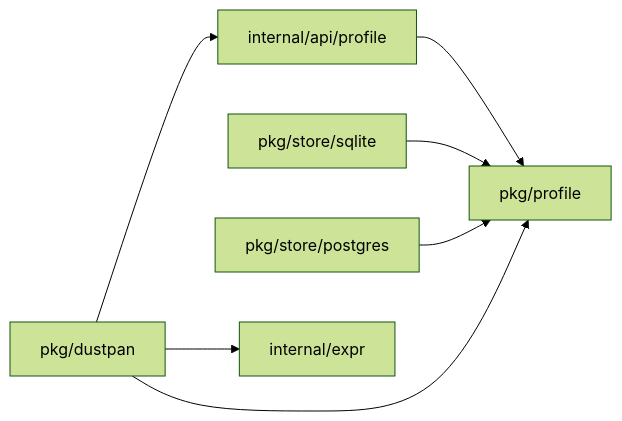
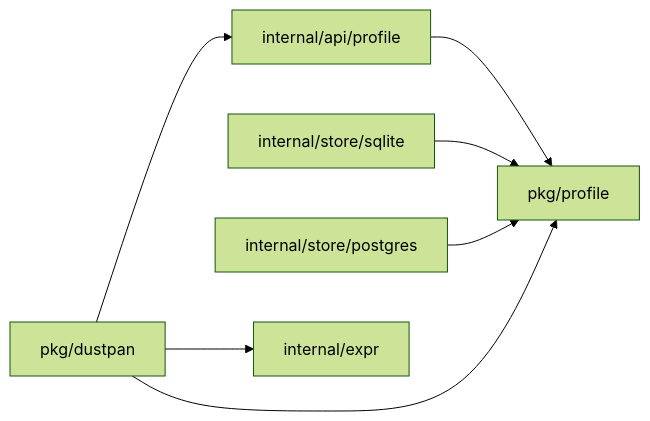
One commit to OpenDustpan/OpenDustpan changed the second of 3 diagrams in openspec/changes/open-profile-serve-open-sessions/design.md. Above: the diagram before and after it, drawn with Mermaid (forest theme). The commit also changed other lines of this file and 1 other file, not shown here.

Commit message:
Fix paths and CI confirmation in open-profile-serve-open-sessions
Part of #3929

````diff
--- a/openspec/changes/open-profile-serve-open-sessions/design.md
+++ b/openspec/changes/open-profile-serve-open-sessions/design.md
@@ -109,15 +109,15 @@
 ```mermaid
 flowchart LR
 P1[pkg/profile]
 P2[internal/api/profile]
-P3[pkg/store/sqlite]
-P4[pkg/store/postgres]
+P3[internal/store/sqlite]
+P4[internal/store/postgres]
 P5[internal/expr]
 P6[pkg/dustpan]
 P2 --> P1
 P3 --> P1
 P4 --> P1
 P6 --> P1
 P6 --> P2
 P6 --> P5
 ```
````
